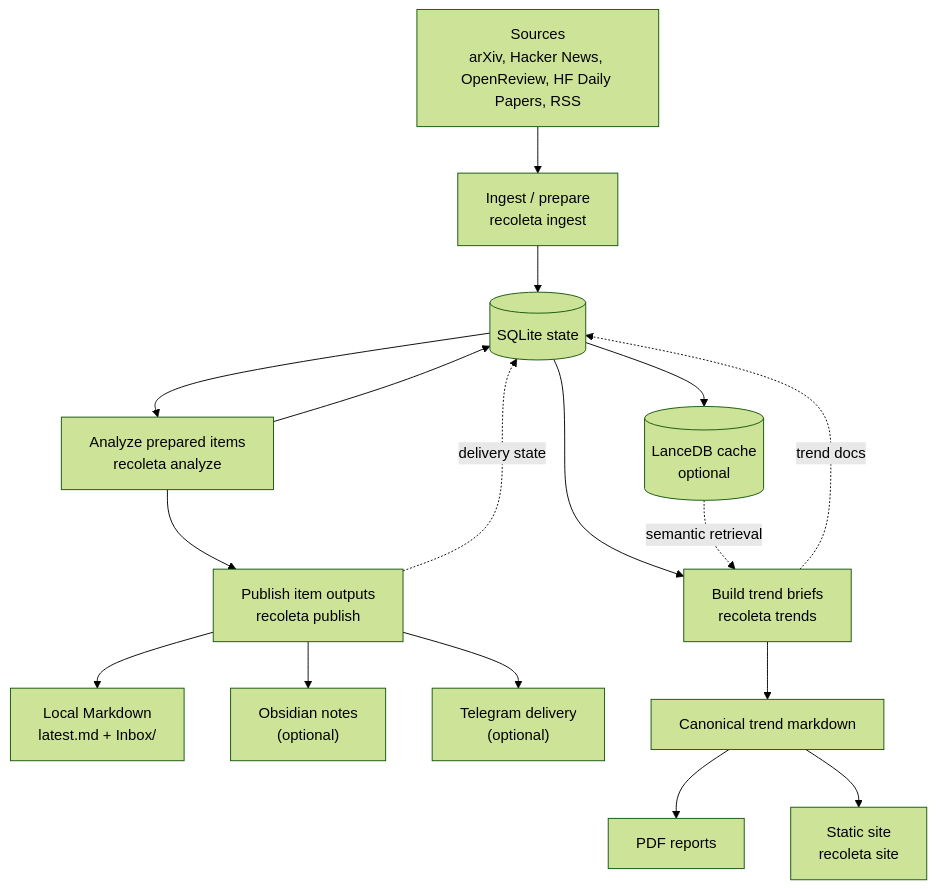
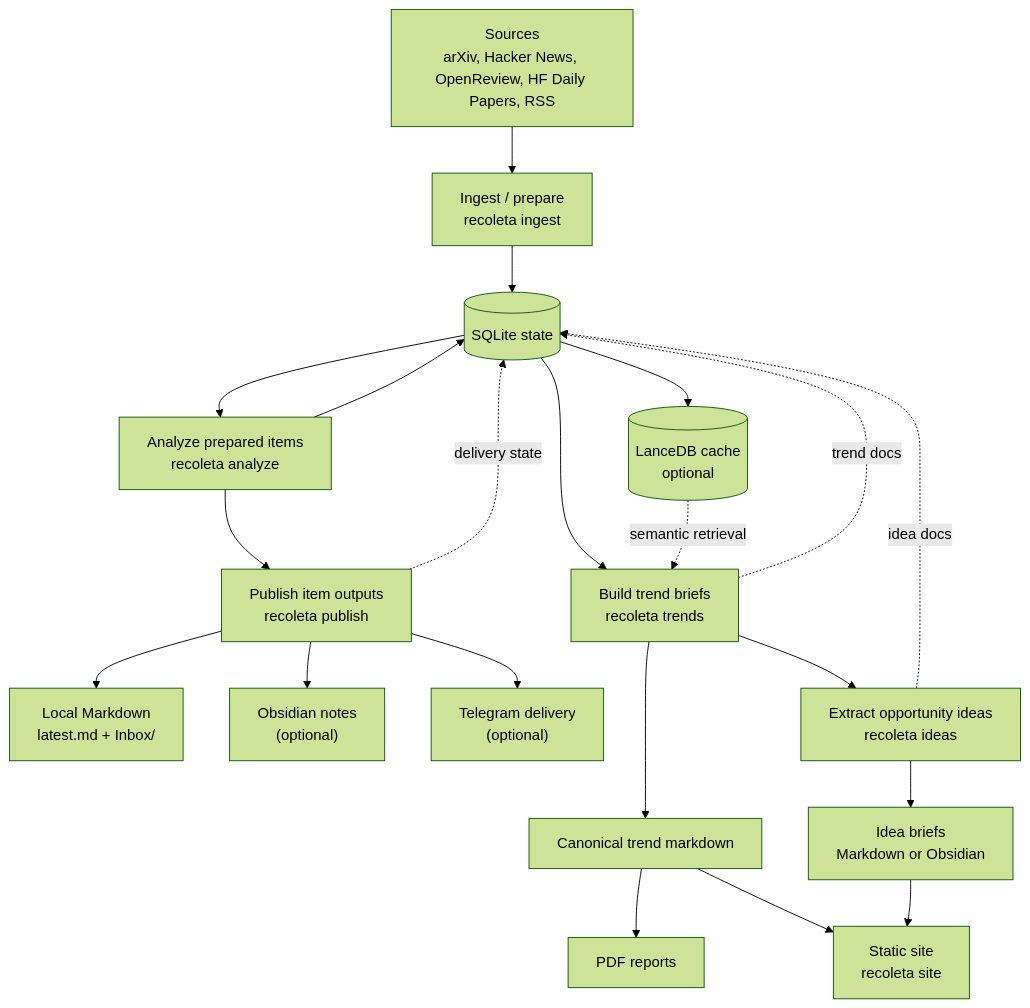
One commit to NeapolitanIcecream/recoleta changed the diagram in README.md. Above: the diagram before and after it, drawn with Mermaid (forest theme). The commit also changed other lines of this file, not shown here.

Commit message:
docs(readme): add ideas flow to overview diagram

````diff
--- a/README.md
+++ b/README.md
@@ -46,23 +46,27 @@
 ```mermaid
 flowchart TB
   Sources["Sources<br/>arXiv, Hacker News, OpenReview, HF Daily Papers, RSS"] --> Ingest["Ingest / prepare<br/>recoleta ingest"]
   Ingest --> SQLite[(SQLite state)]
 
   SQLite --> Analyze["Analyze prepared items<br/>recoleta analyze"]
   Analyze --> SQLite
   Analyze --> Publish["Publish item outputs<br/>recoleta publish"]
   Publish -. delivery state .-> SQLite
 
   Publish --> Markdown["Local Markdown<br/>latest.md + Inbox/"]
   Publish --> Obsidian["Obsidian notes<br/>(optional)"]
   Publish --> Telegram["Telegram delivery<br/>(optional)"]
 
   SQLite --> Trends["Build trend briefs<br/>recoleta trends"]
   SQLite --> LanceDB[(LanceDB cache<br/>optional)]
   LanceDB -. semantic retrieval .-> Trends
   Trends -. trend docs .-> SQLite
 
   Trends --> TrendMarkdown["Canonical trend markdown"]
+  Trends --> Ideas["Extract opportunity ideas<br/>recoleta ideas"]
+  Ideas -. idea docs .-> SQLite
+  Ideas --> IdeaMarkdown["Idea briefs<br/>Markdown or Obsidian"]
   TrendMarkdown --> PDF["PDF reports"]
   TrendMarkdown --> Site["Static site<br/>recoleta site"]
+  IdeaMarkdown --> Site
 ```
````
